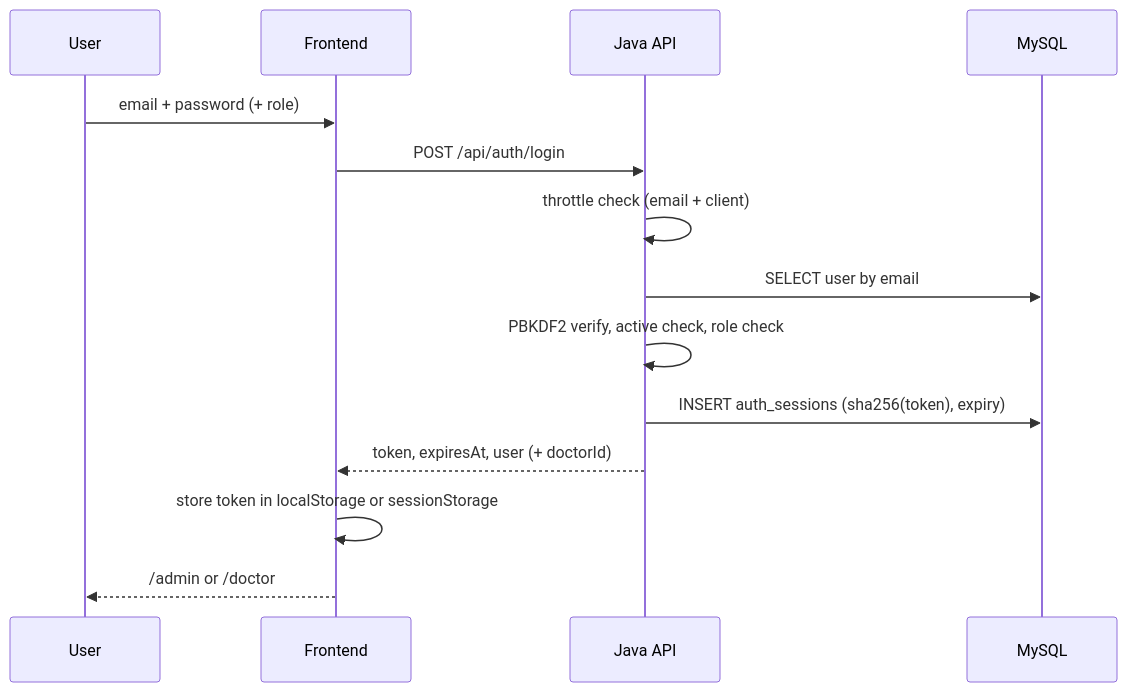
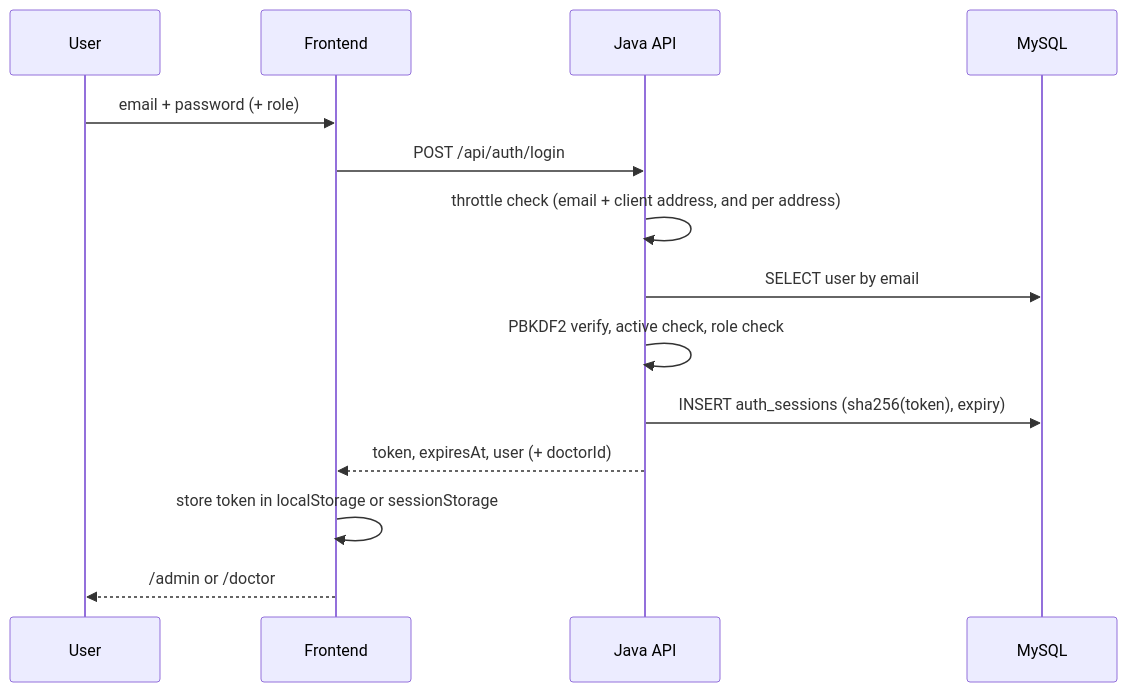
Before and after one commit to bilelsoussi2k24/GL-Project: the third of 5 diagrams in docs/architecture.md, drawn with Mermaid. The commit also changed other lines of this file and 10 other files, not shown here.

````diff
--- a/docs/architecture.md
+++ b/docs/architecture.md
@@ -97,17 +97,17 @@
 ```mermaid
 sequenceDiagram
     participant U as User
     participant F as Frontend
     participant A as Java API
     participant D as MySQL
 
     U->>F: email + password (+ role)
     F->>A: POST /api/auth/login
-    A->>A: throttle check (email + client)
+    A->>A: throttle check (email + client address, and per address)
     A->>D: SELECT user by email
     A->>A: PBKDF2 verify, active check, role check
     A->>D: INSERT auth_sessions (sha256(token), expiry)
     A-->>F: token, expiresAt, user (+ doctorId)
     F->>F: store token in localStorage or sessionStorage
     F-->>U: /admin or /doctor
 ```
````
